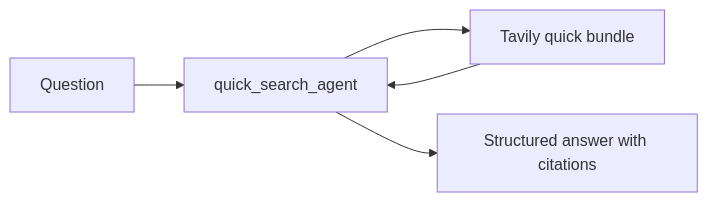
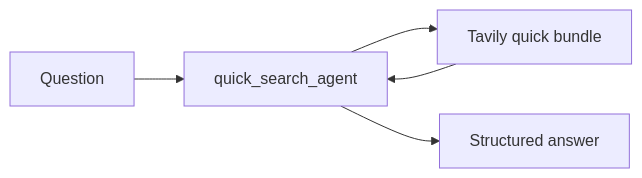
The second of 4 diagrams in README.md (pr1m8/perplexity-at-home), drawn with Mermaid before and after one commit. The commit also changed other lines of this file and 16 other files, not shown here.

````diff
--- a/README.md
+++ b/README.md
@@ -65,7 +65,7 @@
 ```mermaid
 flowchart LR
     Q[Question] --> A[quick_search_agent]
     A --> T[Tavily quick bundle]
     T --> A
-    A --> R[Structured answer with citations]
+    A --> R[Structured answer]
 ```
````
